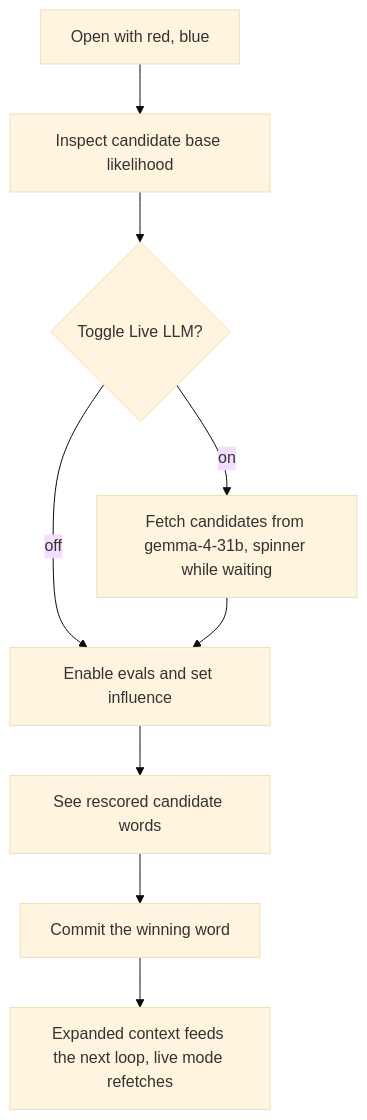
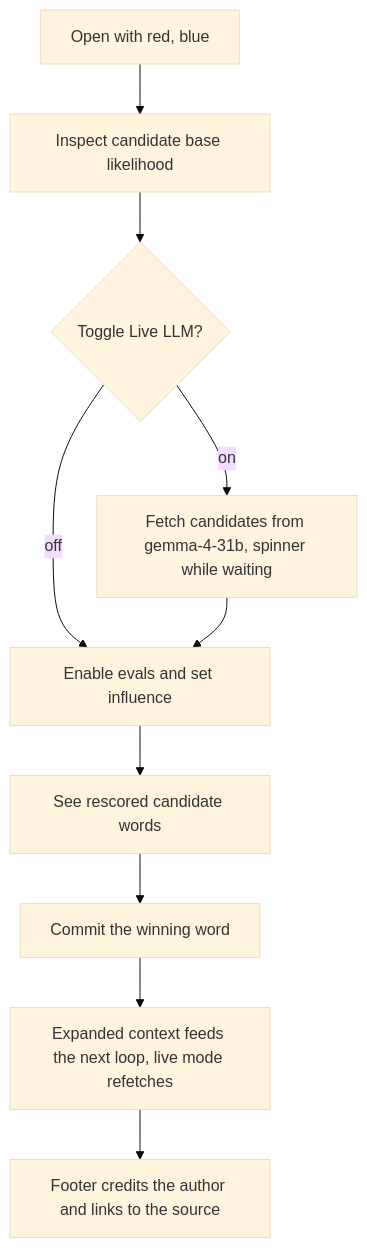
The second of 2 diagrams in architecture.md (johnpfeiffer/demoevals), drawn with Mermaid (base theme) before and after one commit. The commit also changed other lines of this file and 5 other files, not shown here.

First line of the commit message:
add a built-by footer with LinkedIn and GitHub source links

````diff
--- a/architecture.md
+++ b/architecture.md
@@ -41,11 +42,12 @@
 ```mermaid
 flowchart TD
   A[Open with red, blue] --> B[Inspect candidate base likelihood]
   B --> M{Toggle Live LLM?}
   M -->|off| C[Enable evals and set influence]
   M -->|on| L[Fetch candidates from gemma-4-31b, spinner while waiting]
   L --> C
   C --> D[See rescored candidate words]
   D --> E[Commit the winning word]
   E --> F[Expanded context feeds the next loop, live mode refetches]
+  F --> G[Footer credits the author and links to the source]
 ```
````
